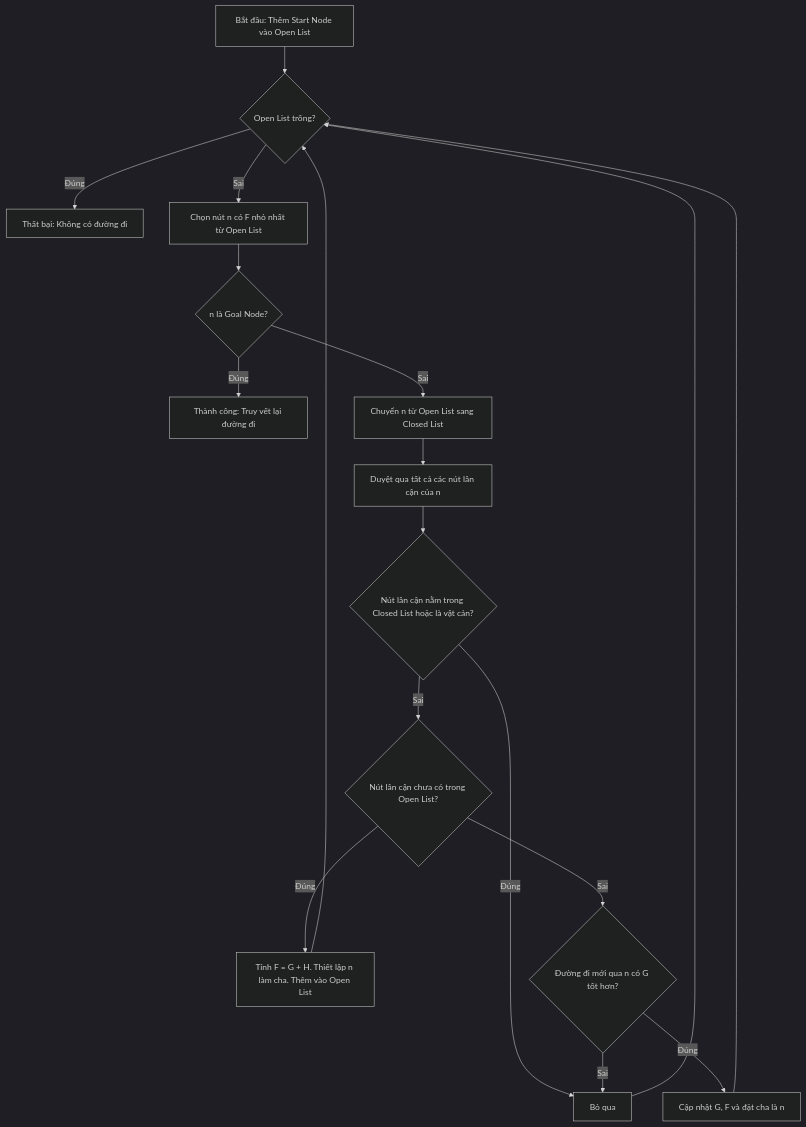
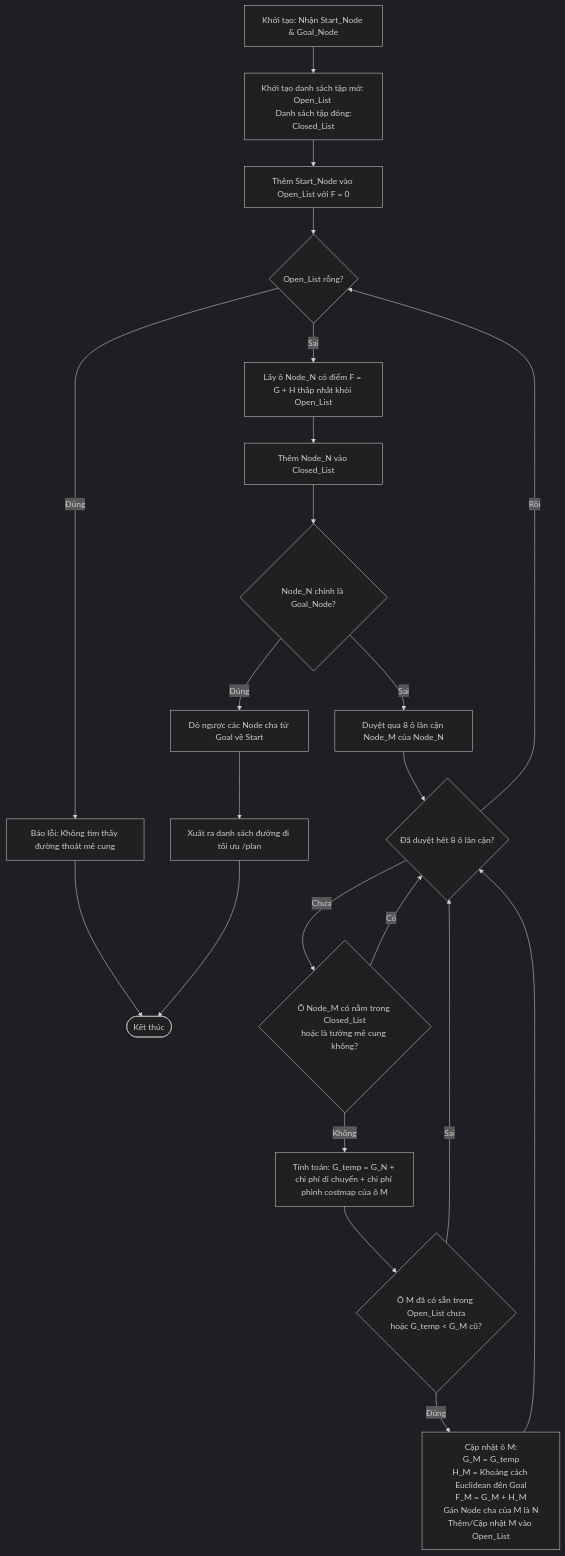
One commit to lequochuy05/CD2 changed the diagram in docs/a_star_navigation.md. Above: the diagram before and after it, drawn with Mermaid (dark theme). The commit also changed other lines of this file, not shown here.

````diff
--- a/docs/a_star_navigation.md
+++ b/docs/a_star_navigation.md
@@ -13,20 +13,34 @@
 ```mermaid
 graph TD
-    A[Bắt đầu: Thêm Start Node vào Open List] --> B{Open List trống?}
-    B -- Đúng --> C[Thất bại: Không có đường đi]
-    B -- Sai --> D[Chọn nút n có F nhỏ nhất từ Open List]
-    D --> E{n là Goal Node?}
-    E -- Đúng --> F[Thành công: Truy vết lại đường đi]
-    E -- Sai --> G[Chuyển n từ Open List sang Closed List]
-    G --> H[Duyệt qua tất cả các nút lân cận của n]
-    H --> I{Nút lân cận nằm trong Closed List hoặc là vật cản?}
-    I -- Đúng --> J[Bỏ qua]
-    I -- Sai --> K{Nút lân cận chưa có trong Open List?}
-    K -- Đúng --> L[Tính F = G + H. Thiết lập n làm cha. Thêm vào Open List]
-    K -- Sai --> M{Đường đi mới qua n có G tốt hơn?}
-    M -- Đúng --> N[Cập nhật G, F và đặt cha là n]
-    M -- Sai --> J
-    L --> B
-    N --> B
-    J --> B
+    StartA[Khởi tạo: Nhận Start_Node & Goal_Node] --> InitLists[Khởi tạo danh sách tập mở: Open_List <br> Danh sách tập đóng: Closed_List]
+    InitLists --> AddStart[Thêm Start_Node vào Open_List với F = 0]
+    
+    AddStart --> CheckOpen{Open_List rỗng?}
+    
+    CheckOpen -- Đúng --> PathFailed[Báo lỗi: Không tìm thấy đường thoát mê cung] --> EndA([Kết thúc])
+    
+    CheckOpen -- Sai --> PopLowest[Lấy ô Node_N có điểm F = G + H thấp nhất khỏi Open_List]
+    PopLowest --> AddClosed[Thêm Node_N vào Closed_List]
+    
+    AddClosed --> IsGoal{Node_N chính là Goal_Node?}
+    
+    IsGoal -- Đúng --> TracePath[Dò ngược các Node cha từ Goal về Start] --> ReturnPath[Xuất ra danh sách đường đi tối ưu /plan] --> EndA
+    
+    IsGoal -- Sai --> GetNeighbors[Duyệt qua 8 ô lân cận Node_M của Node_N]
+    
+    GetNeighbors --> LoopNeighbors{Đã duyệt hết 8 ô lân cận?}
+    
+    LoopNeighbors -- Chưa --> CheckValid{Ô Node_M có nằm trong Closed_List<br>hoặc là tường mê cung không?}
+    
+    CheckValid -- Có --> LoopNeighbors
+    
+    CheckValid -- Không --> CalcG[Tính toán: G_temp = G_N + chi phí di chuyển + chi phí phình costmap của ô M]
+    CalcG --> CheckOpenList{Ô M đã có sẵn trong Open_List chưa<br>hoặc G_temp < G_M cũ?}
+    
+    CheckOpenList -- Đúng --> UpdateNode[Cập nhật ô M:<br>G_M = G_temp<br>H_M = Khoảng cách Euclidean đến Goal<br>F_M = G_M + H_M<br>Gán Node cha của M là N<br>Thêm/Cập nhật M vào Open_List] --> LoopNeighbors
+    
+    CheckOpenList -- Sai --> LoopNeighbors
+    
+    LoopNeighbors -- Rồi --> CheckOpen
+
 ```
````
